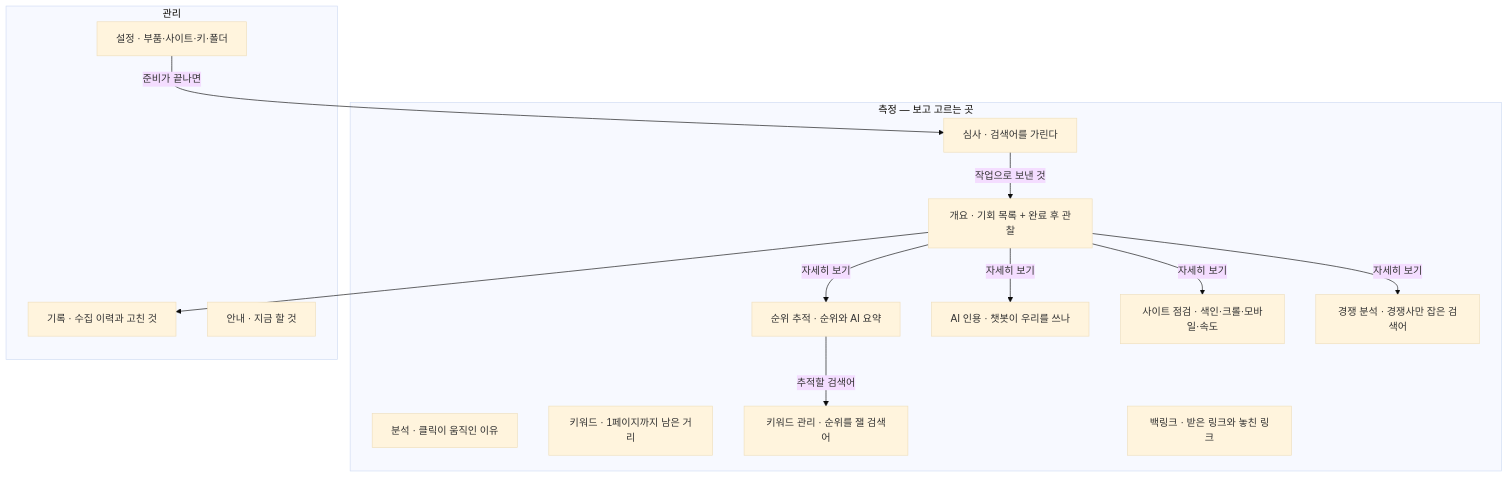
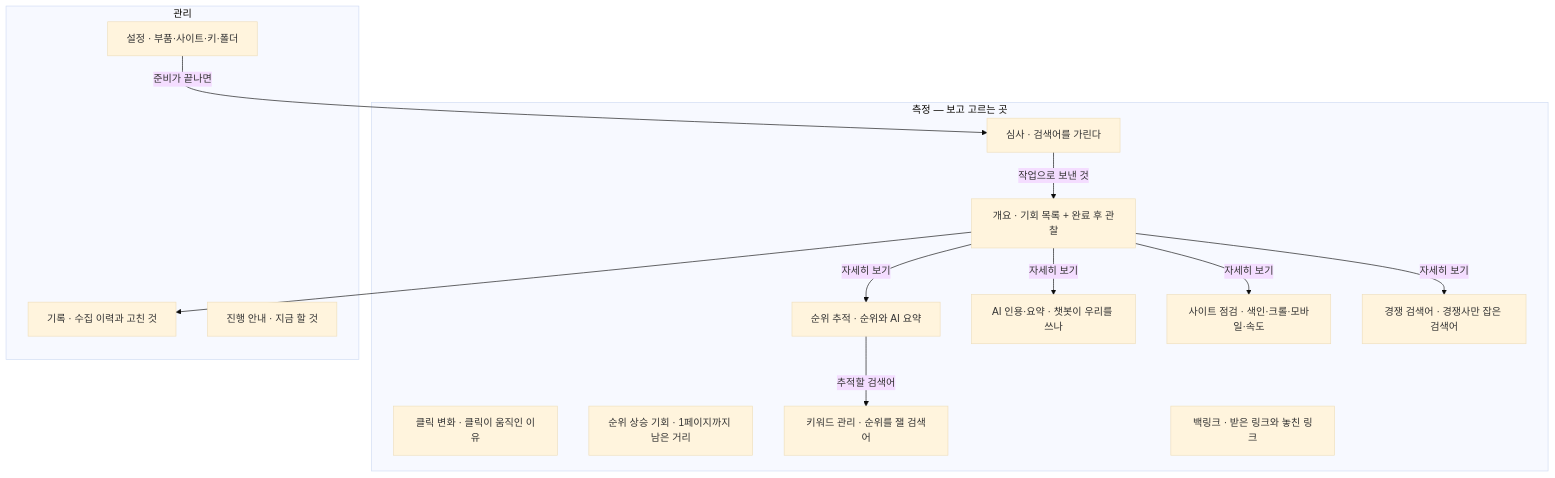
The fifth of 5 diagrams in docs/guide.md (seanjr2847/seo-miner), drawn with Mermaid (base theme) before and after one commit. The commit also changed other lines of this file and 49 other files, not shown here.

````diff
--- a/docs/guide.md
+++ b/docs/guide.md
@@ -217,30 +217,30 @@
 ```mermaid
 flowchart TD
   subgraph M1 ["측정 — 보고 고르는 곳"]
     V1["심사 · 검색어를 가린다"]
     V2["개요 · 기회 목록 + 완료 후 관찰"]
-    V3["분석 · 클릭이 움직인 이유"]
-    V4["키워드 · 1페이지까지 남은 거리"]
+    V3["클릭 변화 · 클릭이 움직인 이유"]
+    V4["순위 상승 기회 · 1페이지까지 남은 거리"]
     V4K["키워드 관리 · 순위를 잴 검색어"]
     V5["순위 추적 · 순위와 AI 요약"]
-    V6["AI 인용 · 챗봇이 우리를 쓰나"]
+    V6["AI 인용·요약 · 챗봇이 우리를 쓰나"]
     V7["사이트 점검 · 색인·크롤·모바일·속도"]
     V8["백링크 · 받은 링크와 놓친 링크"]
-    V9["경쟁 분석 · 경쟁사만 잡은 검색어"]
+    V9["경쟁 검색어 · 경쟁사만 잡은 검색어"]
   end
 
   subgraph M2 ["관리"]
     V10["기록 · 수집 이력과 고친 것"]
-    V11["안내 · 지금 할 것"]
+    V11["진행 안내 · 지금 할 것"]
     V12["설정 · 부품·사이트·키·폴더"]
   end
 
   V12 -->|준비가 끝나면| V1
   V1 -->|작업으로 보낸 것| V2
   V2 -->|자세히 보기| V5
   V2 -->|자세히 보기| V6
   V2 -->|자세히 보기| V7
   V2 -->|자세히 보기| V9
   V2 --> V10
   V5 -->|추적할 검색어| V4K
 ```
````
